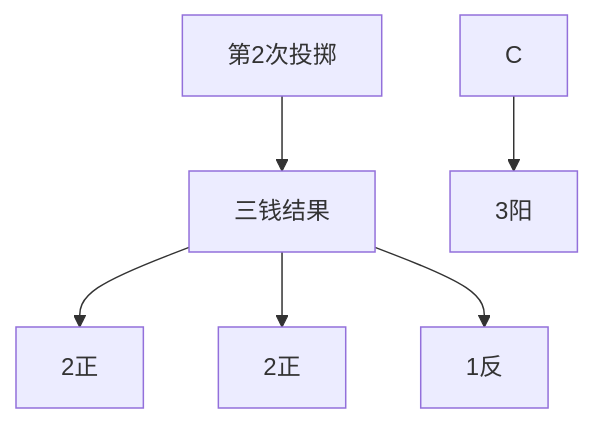
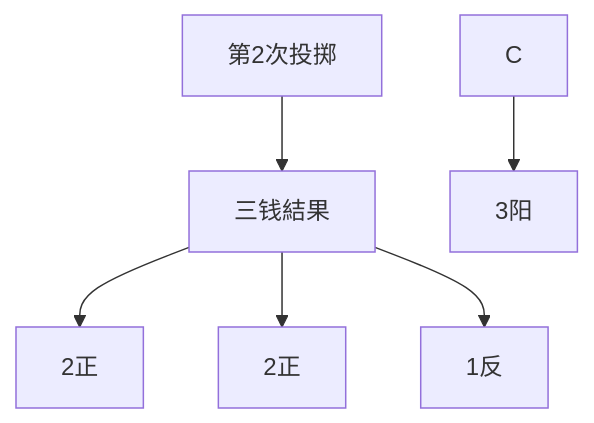
The seventh of 9 diagrams in 3 Resources/04-Interests/易学/03-占卜方法/铜钱卦法.md (kmjade/knowledge-value), drawn with Mermaid before and after one commit. The commit also changed other lines of this file and 653 other files, not shown here.

````diff
--- a/3 Resources/04-Interests/易学/03-占卜方法/铜钱卦法.md
+++ b/3 Resources/04-Interests/易学/03-占卜方法/铜钱卦法.md
@@ -191,10 +191,10 @@
 ```mermaid
 graph TB
-    A[第2次投掷] --> B[三钱结果]
+    A[第2次投掷] --> B[三钱結果]
     
     B --> B1[2正]
     B --> B2[2正]
     B --> B3[1反]
     
     C --> C1[3阳]
 ```
````
